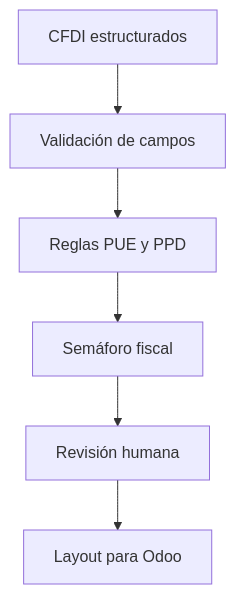
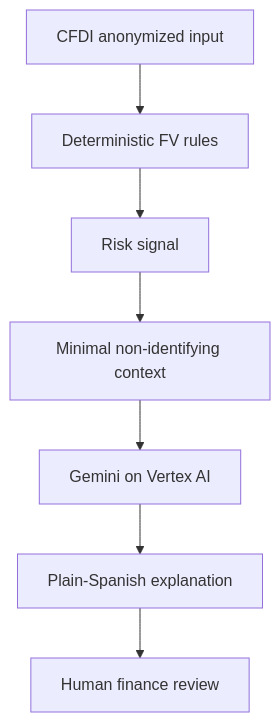
The diagram in README.md (franciscovizu/fv-tax-engine-ia-fiscal-odoo), drawn with Mermaid before and after one commit. The commit also changed other lines of this file, not shown here.

Commit message:
docs: align root README with Gemini XPRIZE submission

````diff
--- a/README.md
+++ b/README.md
@@ -48,8 +35,9 @@
 ```mermaid
 flowchart TD
-    A[CFDI estructurados] --> B[Validación de campos]
-    B --> C[Reglas PUE y PPD]
-    C --> D[Semáforo fiscal]
-    D --> E[Revisión humana]
-    E --> F[Layout para Odoo]
+    A[CFDI anonymized input] --> B[Deterministic FV rules]
+    B --> C[Risk signal]
+    C --> D[Minimal non-identifying context]
+    D --> E[Gemini on Vertex AI]
+    E --> F[Plain-Spanish explanation]
+    F --> G[Human finance review]
 ```
````
